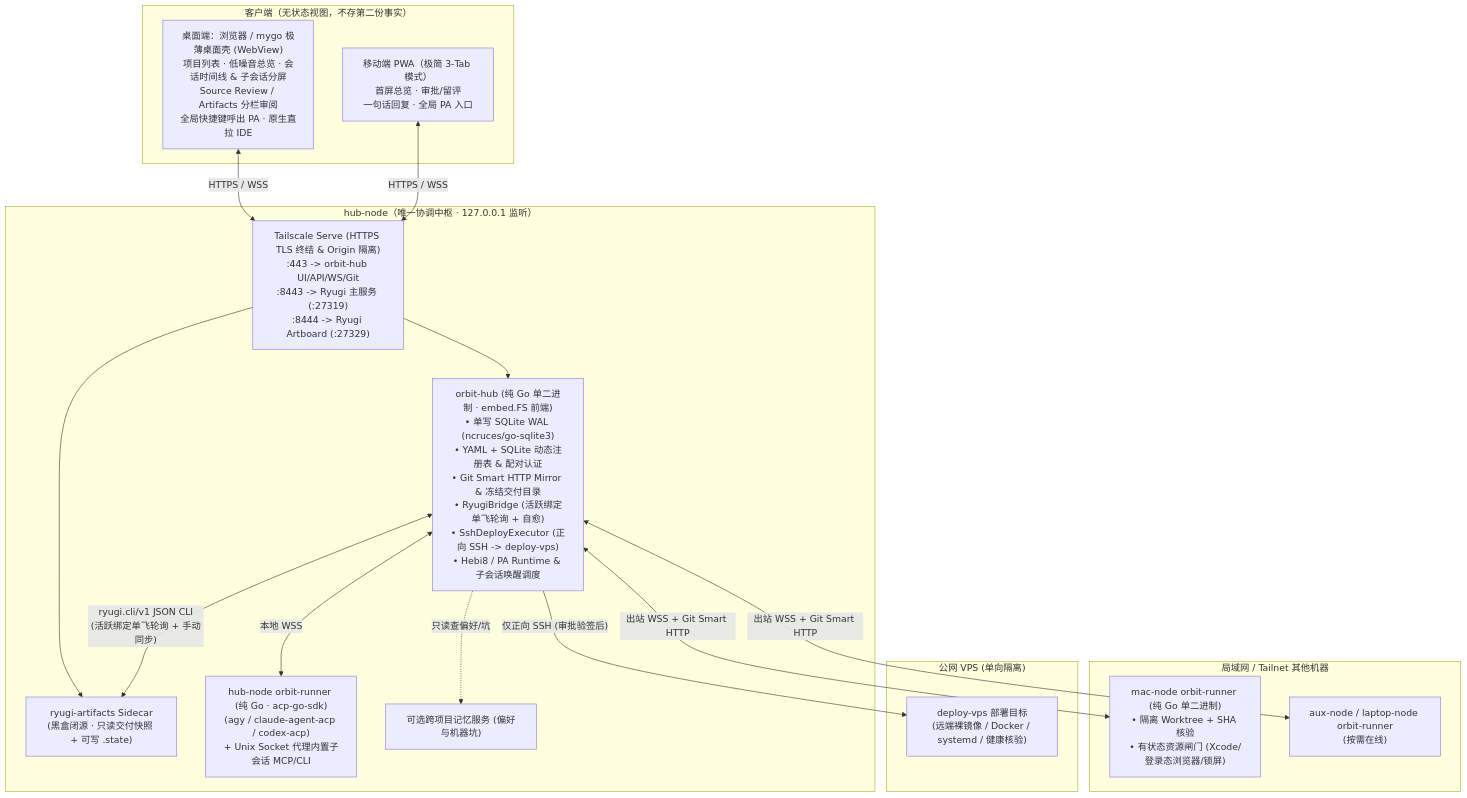
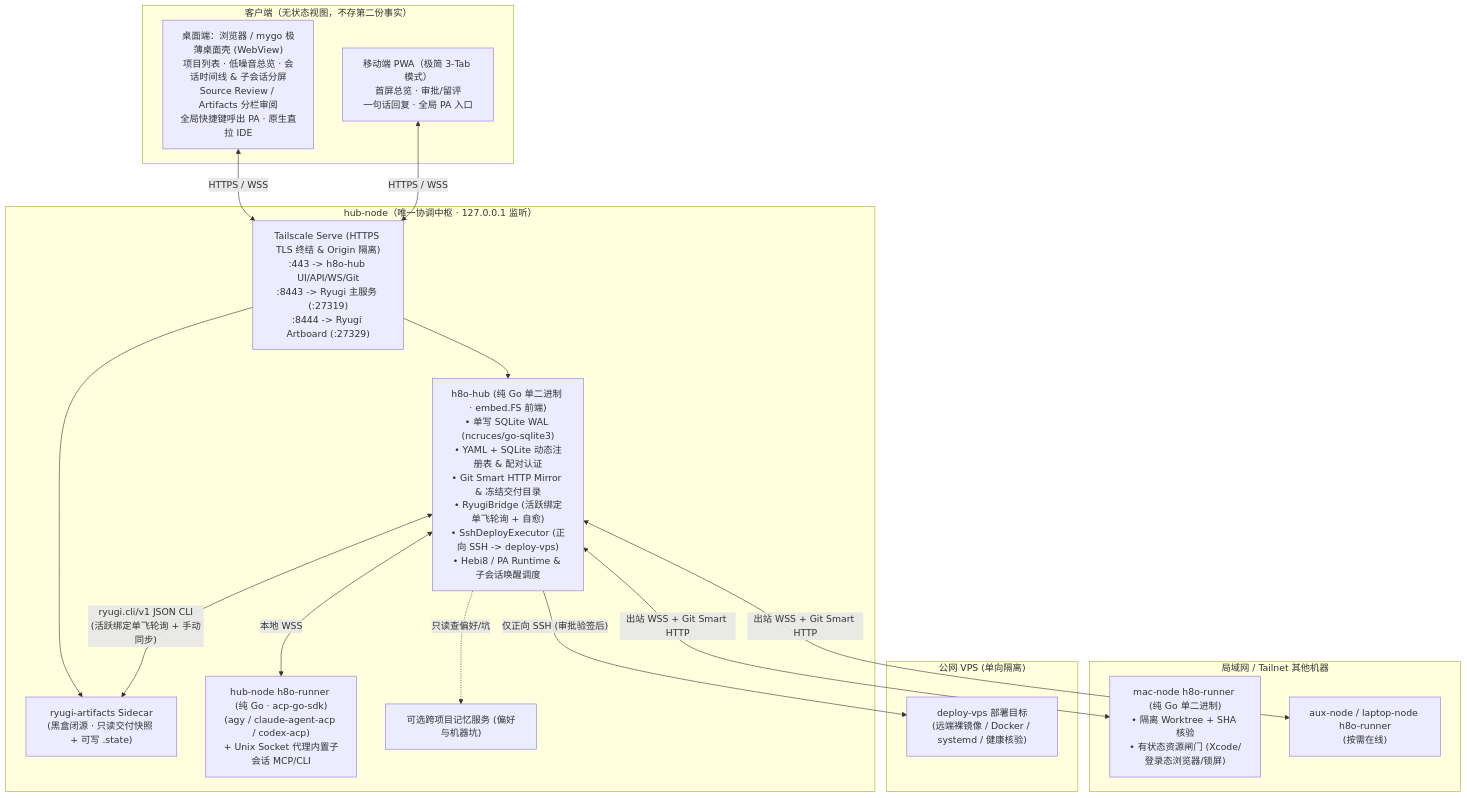
One commit to Hebi8/hebi8-Orbit changed the diagram in docs/architecture/overview-and-stack.md. Above: the diagram before and after it, drawn with Mermaid. The commit also changed other lines of this file and 54 other files, not shown here.

First line of the commit message:
feat!: rename CLI and binaries to h8o, brand to hebi8/orbit, and adopt Multi-Node icon

````diff
--- a/docs/architecture/overview-and-stack.md
+++ b/docs/architecture/overview-and-stack.md
@@ -30,35 +30,35 @@
 ```mermaid
 flowchart TB
     subgraph Client["客户端（无状态视图，不存第二份事实）"]
         Desktop["桌面端：浏览器 / mygo 极薄桌面壳 (WebView)\n项目列表 · 低噪音总览 · 会话时间线 & 子会话分屏\nSource Review / Artifacts 分栏审阅\n全局快捷键呼出 PA · 原生直拉 IDE"]
         Mobile["移动端 PWA（极简 3-Tab 模式）\n首屏总览 · 审批/留评\n一句话回复 · 全局 PA 入口"]
     end
 
     subgraph HubNode["hub-node（唯一协调中枢 · 127.0.0.1 监听）"]
-        TS["Tailscale Serve (HTTPS TLS 终结 & Origin 隔离)\n:443 -> orbit-hub UI/API/WS/Git\n:8443 -> Ryugi 主服务 (:27319)\n:8444 -> Ryugi Artboard (:27329)"]
-        Hub["orbit-hub (纯 Go 单二进制 · embed.FS 前端)\n• 单写 SQLite WAL (ncruces/go-sqlite3)\n• YAML + SQLite 动态注册表 & 配对认证\n• Git Smart HTTP Mirror & 冻结交付目录\n• RyugiBridge (活跃绑定单飞轮询 + 自愈)\n• SshDeployExecutor (正向 SSH -> deploy-vps)\n• Hebi8 / PA Runtime & 子会话唤醒调度"]
+        TS["Tailscale Serve (HTTPS TLS 终结 & Origin 隔离)\n:443 -> h8o-hub UI/API/WS/Git\n:8443 -> Ryugi 主服务 (:27319)\n:8444 -> Ryugi Artboard (:27329)"]
+        Hub["h8o-hub (纯 Go 单二进制 · embed.FS 前端)\n• 单写 SQLite WAL (ncruces/go-sqlite3)\n• YAML + SQLite 动态注册表 & 配对认证\n• Git Smart HTTP Mirror & 冻结交付目录\n• RyugiBridge (活跃绑定单飞轮询 + 自愈)\n• SshDeployExecutor (正向 SSH -> deploy-vps)\n• Hebi8 / PA Runtime & 子会话唤醒调度"]
         Ryugi["ryugi-artifacts Sidecar\n(黑盒闭源 · 只读交付快照 + 可写 .state)"]
-        LocalRunner["hub-node orbit-runner (纯 Go · acp-go-sdk)\n(agy / claude-agent-acp / codex-acp)\n+ Unix Socket 代理内置子会话 MCP/CLI"]
+        LocalRunner["hub-node h8o-runner (纯 Go · acp-go-sdk)\n(agy / claude-agent-acp / codex-acp)\n+ Unix Socket 代理内置子会话 MCP/CLI"]
         Nmem["可选跨项目记忆服务 (偏好与机器坑)"]
     end
 
     subgraph HomePeers["局域网 / Tailnet 其他机器"]
-        MacRunner["mac-node orbit-runner (纯 Go 单二进制)\n• 隔离 Worktree + SHA 核验\n• 有状态资源闸门 (Xcode/登录态浏览器/锁屏)"]
-        AuxRunner["aux-node / laptop-node orbit-runner\n(按需在线)"]
+        MacRunner["mac-node h8o-runner (纯 Go 单二进制)\n• 隔离 Worktree + SHA 核验\n• 有状态资源闸门 (Xcode/登录态浏览器/锁屏)"]
+        AuxRunner["aux-node / laptop-node h8o-runner\n(按需在线)"]
     end
 
     subgraph VPS["公网 VPS (单向隔离)"]
         DeployVPS["deploy-vps 部署目标\n(远端裸镜像 / Docker / systemd / 健康核验)"]
     end
 
     Desktop <-->|"HTTPS / WSS"| TS
     Mobile <-->|"HTTPS / WSS"| TS
     TS --> Hub
     TS --> Ryugi
     Hub <-->|"ryugi.cli/v1 JSON CLI\n(活跃绑定单飞轮询 + 手动同步)"| Ryugi
     Hub <-->|"本地 WSS"| LocalRunner
     Hub <-->|"出站 WSS + Git Smart HTTP"| MacRunner
     Hub <-->|"出站 WSS + Git Smart HTTP"| AuxRunner
     Hub -->|"仅正向 SSH (审批验签后)"| DeployVPS
     Hub -.->|"只读查偏好/坑"| Nmem
 ```
````
